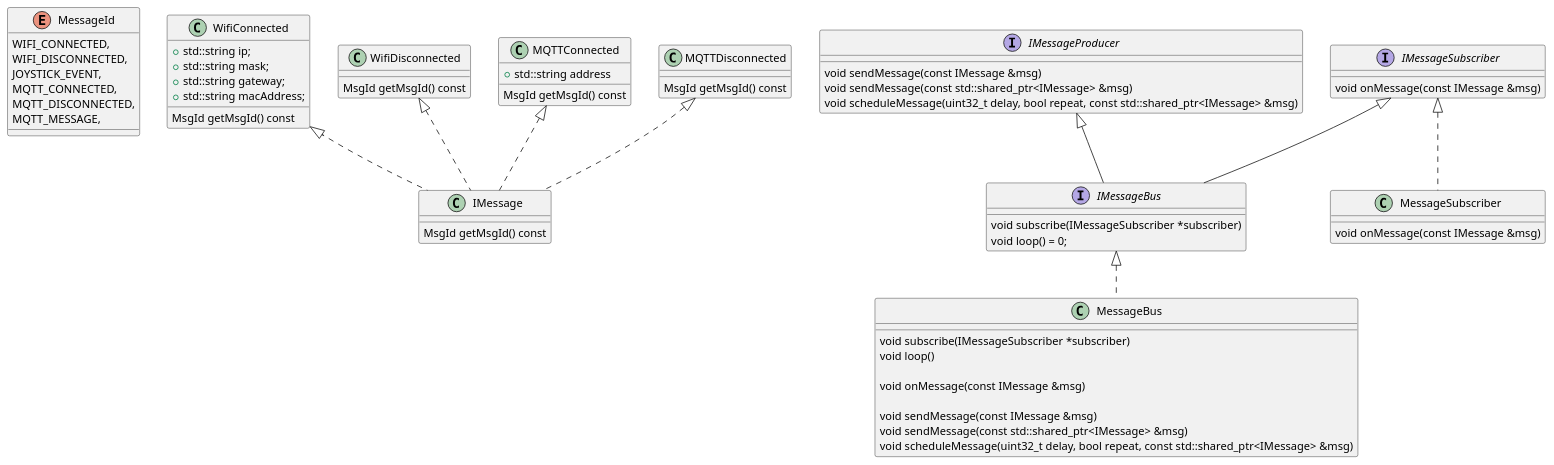
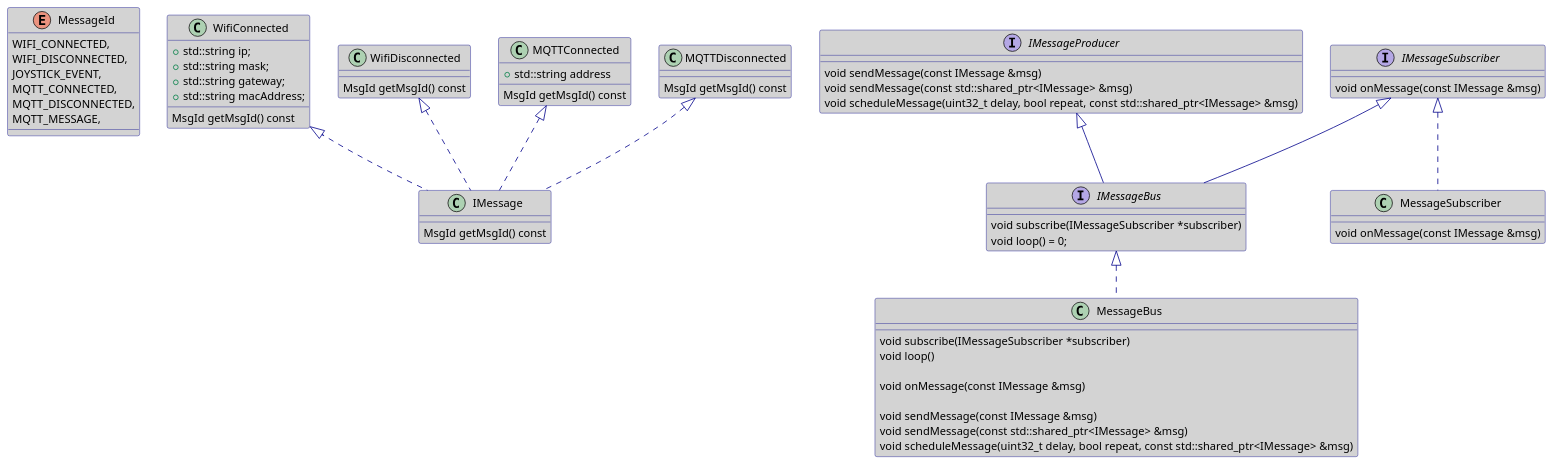
One commit to darvik80/esp32-core changed the diagram in MessageBus.puml. Above: the diagram before and after it, drawn with PlantUML.

Commit message:
uml colors

```diff
--- a/MessageBus.puml
+++ b/MessageBus.puml
@@ -1,84 +1,89 @@
 @startuml
 'https://plantuml.com/class-diagram
+
+skinparam backgroundcolor White
+skinparam classBackgroundColor LightGray
+skinparam arrowColor DarkBlue
+skinparam classBorderColor DarkBlue
 
 enum MessageId {
     WIFI_CONNECTED,
     WIFI_DISCONNECTED,
     JOYSTICK_EVENT,
     MQTT_CONNECTED,
     MQTT_DISCONNECTED,
     MQTT_MESSAGE,
 }
 
 class IMessage {
     MsgId getMsgId() const
 }
 
 class WifiConnected {
     +std::string ip;
     +std::string mask;
     +std::string gateway;
     +std::string macAddress;
 
     MsgId getMsgId() const
 }
 
 WifiConnected <|.. IMessage
 
 class WifiDisconnected {
     MsgId getMsgId() const
 }
 
 WifiDisconnected <|.. IMessage
 
 class MQTTConnected {
     +std::string address
     MsgId getMsgId() const
 }
 
 MQTTConnected <|.. IMessage
 
 class MQTTDisconnected {
     MsgId getMsgId() const
 }
 
 MQTTDisconnected <|.. IMessage
 
 interface IMessageSubscriber {
     void onMessage(const IMessage &msg)
 }
 
 interface IMessageProducer {
     void sendMessage(const IMessage &msg)
     void sendMessage(const std::shared_ptr<IMessage> &msg)
     void scheduleMessage(uint32_t delay, bool repeat, const std::shared_ptr<IMessage> &msg)
 }
 
 interface IMessageBus {
     void subscribe(IMessageSubscriber *subscriber)
     void loop() = 0;
 }
 
 IMessageProducer <|-- IMessageBus
 IMessageSubscriber <|-- IMessageBus
 
 class MessageSubscriber {
     void onMessage(const IMessage &msg)
 }
 
 IMessageSubscriber <|.. MessageSubscriber
 
 class MessageBus {
     void subscribe(IMessageSubscriber *subscriber)
     void loop()
 
     void onMessage(const IMessage &msg)
 
     void sendMessage(const IMessage &msg)
     void sendMessage(const std::shared_ptr<IMessage> &msg)
     void scheduleMessage(uint32_t delay, bool repeat, const std::shared_ptr<IMessage> &msg)
 }
 
 IMessageBus <|.. MessageBus
 
 @enduml
```
